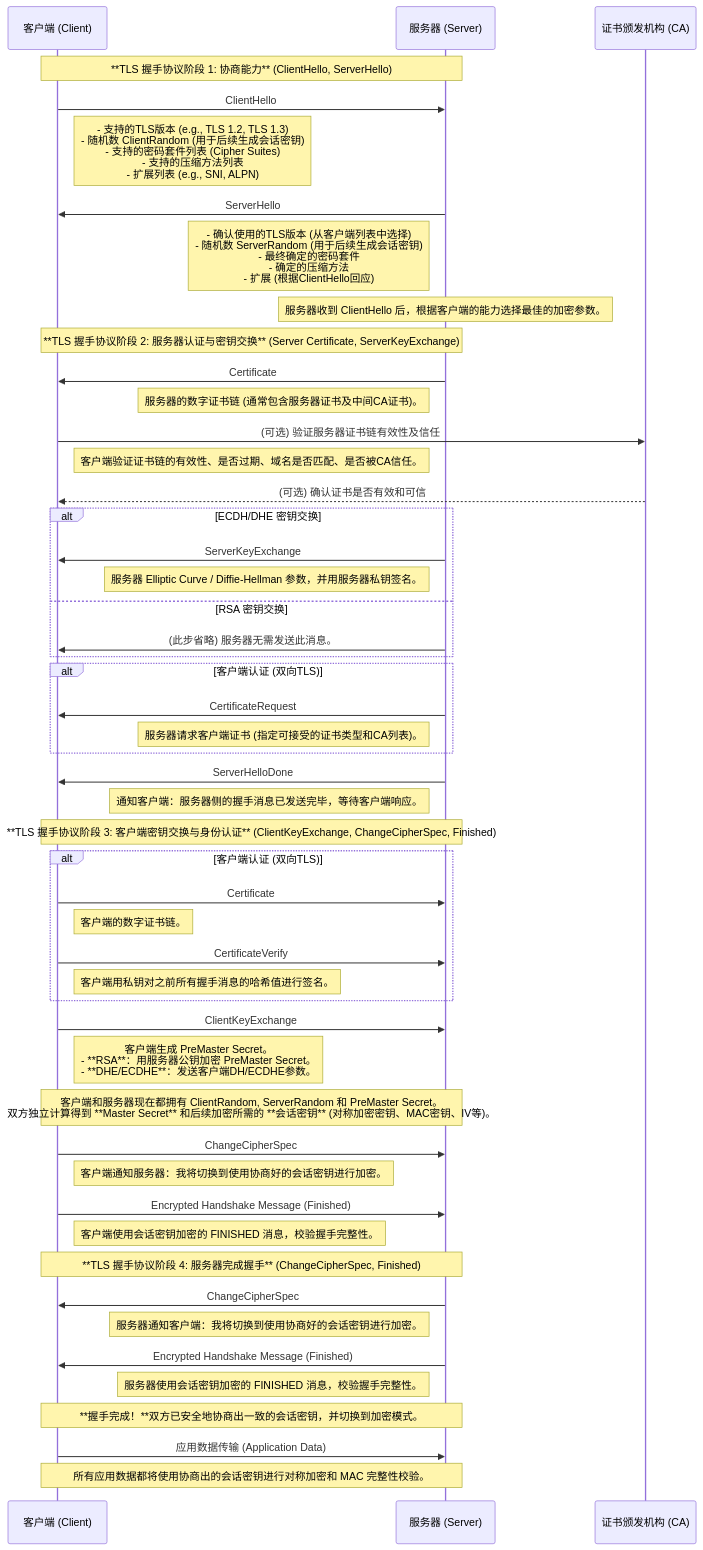
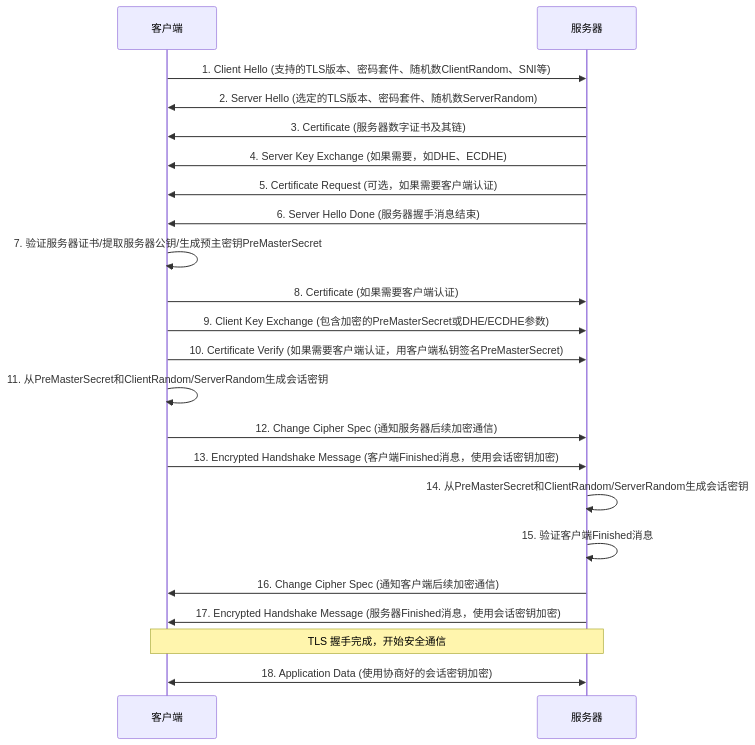
The first of 2 diagrams in source/_posts/2023/2023-04-02_TLS (传输层安全协议) 深度详解：网络通信的守护者.md (teatang/t-blog), drawn with Mermaid before and after one commit. The commit also changed other lines of this file and 4 other files, not shown here.

```diff
--- a/source/_posts/2023/2023-04-02_TLS (传输层安全协议) 深度详解：网络通信的守护者.md
+++ b/source/_posts/2023/2023-04-02_TLS (传输层安全协议) 深度详解：网络通信的守护者.md
@@ -139,71 +55,27 @@
 {% mermaid %}
 sequenceDiagram
-    participant C as 客户端 (Client)
-    participant S as 服务器 (Server)
-    participant CA as 证书颁发机构 (CA)
+    participant C as 客户端
+    participant S as 服务器
 
-    Note over C,S: **TLS 握手协议阶段 1: 协商能力** (ClientHello, ServerHello)
+    C->>S: 1. Client Hello (支持的TLS版本、密码套件、随机数ClientRandom、SNI等)
+    S->>C: 2. Server Hello (选定的TLS版本、密码套件、随机数ServerRandom)
+    S->>C: 3. Certificate (服务器数字证书及其链)
+    S->>C: 4. Server Key Exchange (如果需要，如DHE、ECDHE)
+    S->>C: 5. Certificate Request (可选，如果需要客户端认证)
+    S->>C: 6. Server Hello Done (服务器握手消息结束)
 
-    C->>S: ClientHello
-    Note right of C: - 支持的TLS版本 (e.g., TLS 1.2, TLS 1.3)<br>- 随机数 ClientRandom (用于后续生成会话密钥)<br>- 支持的密码套件列表 (Cipher Suites)<br>- 支持的压缩方法列表<br>- 扩展列表 (e.g., SNI, ALPN)
+    C->>C: 7. 验证服务器证书/提取服务器公钥/生成预主密钥PreMasterSecret
+    C->>S: 8. Certificate (如果需要客户端认证)
+    C->>S: 9. Client Key Exchange (包含加密的PreMasterSecret或DHE/ECDHE参数)
+    C->>S: 10. Certificate Verify (如果需要客户端认证，用客户端私钥签名PreMasterSecret)
+    C->>C: 11. 从PreMasterSecret和ClientRandom/ServerRandom生成会话密钥
+    C->>S: 12. Change Cipher Spec (通知服务器后续加密通信)
+    C->>S: 13. Encrypted Handshake Message (客户端Finished消息，使用会话密钥加密)
 
-    S->>C: ServerHello
-    Note left of S: - 确认使用的TLS版本 (从客户端列表中选择)<br>- 随机数 ServerRandom (用于后续生成会话密钥)<br>- 最终确定的密码套件<br>- 确定的压缩方法<br>- 扩展 (根据ClientHello回应)
-
-    Note over S: 服务器收到 ClientHello 后，根据客户端的能力选择最佳的加密参数。
-
-    Note over C,S: **TLS 握手协议阶段 2: 服务器认证与密钥交换** (Server Certificate, ServerKeyExchange)
-
-    S->>C: Certificate
-    Note left of S: 服务器的数字证书链 (通常包含服务器证书及中间CA证书)。
-    C->>CA: (可选) 验证服务器证书链有效性及信任
-    Note right of C: 客户端验证证书链的有效性、是否过期、域名是否匹配、是否被CA信任。
-    CA-->>C: (可选) 确认证书是否有效和可信
-
-    alt ECDH/DHE 密钥交换
-        S->>C: ServerKeyExchange
-        Note left of S: 服务器 Elliptic Curve / Diffie-Hellman 参数，并用服务器私钥签名。
-    else RSA 密钥交换
-        S->>C: (此步省略) 服务器无需发送此消息。
-    end
-
-    alt 客户端认证 (双向TLS)
-        S->>C: CertificateRequest
-        Note left of S: 服务器请求客户端证书 (指定可接受的证书类型和CA列表)。
-    end
-
-    S->>C: ServerHelloDone
-    Note left of S: 通知客户端：服务器侧的握手消息已发送完毕，等待客户端响应。
-
-    Note over C,S: **TLS 握手协议阶段 3: 客户端密钥交换与身份认证** (ClientKeyExchange, ChangeCipherSpec, Finished)
-
-    alt 客户端认证 (双向TLS)
-        C->>S: Certificate
-        Note right of C: 客户端的数字证书链。
-        C->>S: CertificateVerify
-        Note right of C: 客户端用私钥对之前所有握手消息的哈希值进行签名。
-    end
-
-    C->>S: ClientKeyExchange
-    Note right of C: 客户端生成 PreMaster Secret。<br>- **RSA**：用服务器公钥加密 PreMaster Secret。<br>- **DHE/ECDHE**：发送客户端DH/ECDHE参数。
-
-    Note over C,S: 客户端和服务器现在都拥有 ClientRandom, ServerRandom 和 PreMaster Secret。<br>双方独立计算得到 **Master Secret** 和后续加密所需的 **会话密钥** (对称加密密钥、MAC密钥、IV等)。
-
-    C->>S: ChangeCipherSpec
-    Note right of C: 客户端通知服务器：我将切换到使用协商好的会话密钥进行加密。
-
-    C->>S: Encrypted Handshake Message (Finished)
-    Note right of C: 客户端使用会话密钥加密的 FINISHED 消息，校验握手完整性。
-
-    Note over C,S: **TLS 握手协议阶段 4: 服务器完成握手** (ChangeCipherSpec, Finished)
-
-    S->>C: ChangeCipherSpec
-    Note left of S: 服务器通知客户端：我将切换到使用协商好的会话密钥进行加密。
-
-    S->>C: Encrypted Handshake Message (Finished)
-    Note left of S: 服务器使用会话密钥加密的 FINISHED 消息，校验握手完整性。
-
-    Note over C,S: **握手完成！**双方已安全地协商出一致的会话密钥，并切换到加密模式。
-    C->>S: 应用数据传输 (Application Data)
-    Note over C,S: 所有应用数据都将使用协商出的会话密钥进行对称加密和 MAC 完整性校验。
+    S->>S: 14. 从PreMasterSecret和ClientRandom/ServerRandom生成会话密钥
+    S->>S: 15. 验证客户端Finished消息
+    S->>C: 16. Change Cipher Spec (通知客户端后续加密通信)
+    S->>C: 17. Encrypted Handshake Message (服务器Finished消息，使用会话密钥加密)
+    Note over C,S: TLS 握手完成，开始安全通信
+    C<<->>S: 18. Application Data (使用协商好的会话密钥加密)
 {% endmermaid %}
```
